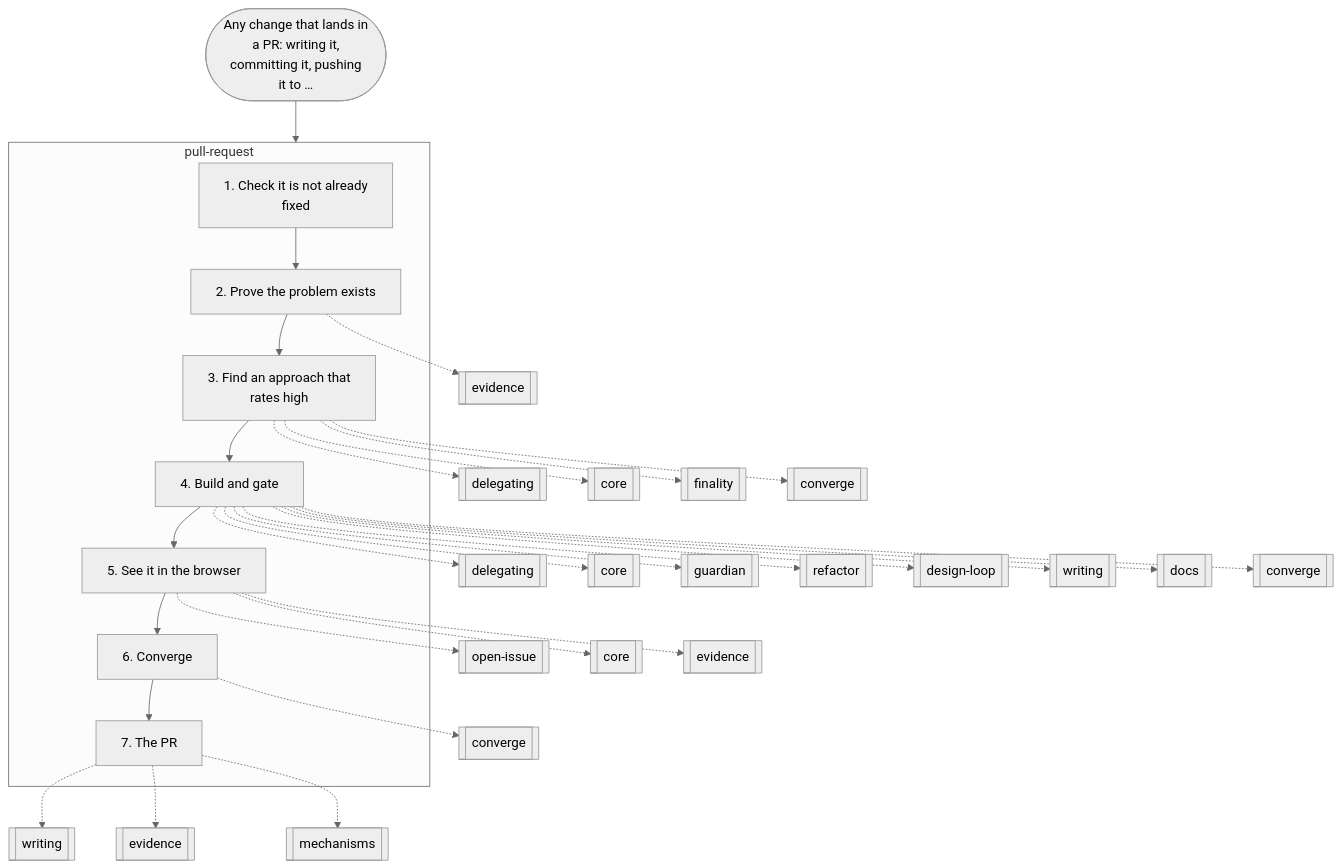
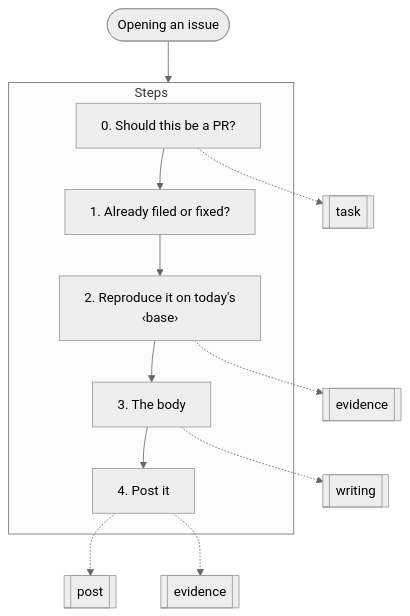
The sixth of 16 diagrams in docs/graphs.md (nitedani-agent/mergeworthy), drawn with Mermaid (neutral theme) before and after one commit. The commit also changed other lines of this file and 60 other files, not shown here.

````diff
--- a/docs/graphs.md
+++ b/docs/graphs.md
@@ -217,40 +155,21 @@
 ```mermaid
 flowchart TB
-  start(["Any change that lands in<br/>a PR: writing it,<br/>committing it, pushing<br/>it to …"])
-  subgraph g0["pull-request"]
-    s0["1. Check it is not already<br/>fixed"]
-    s1["2. Prove the problem exists"]
+  start(["Opening an issue"])
+  subgraph g0["Steps"]
+    s0["0. Should this be a PR?"]
+    s1["1. Already filed or fixed?"]
     s0 --> s1
-    s2["3. Find an approach that<br/>rates high"]
+    s2["2. Reproduce it on today's<br/>‹base›"]
     s1 --> s2
-    s3["4. Build and gate"]
+    s3["3. The body"]
     s2 --> s3
-    s4["5. See it in the browser"]
+    s4["4. Post it"]
     s3 --> s4
-    s5["6. Converge"]
-    s4 --> s5
-    s6["7. The PR"]
-    s5 --> s6
   end
-  s1 -.-> r1[["evidence"]]
-  s2 -.-> r2[["delegating"]]
-  s2 -.-> r3[["core"]]
-  s2 -.-> r4[["finality"]]
-  s2 -.-> r5[["converge"]]
-  s3 -.-> r6[["delegating"]]
-  s3 -.-> r7[["core"]]
-  s3 -.-> r8[["guardian"]]
-  s3 -.-> r9[["refactor"]]
-  s3 -.-> r10[["design-loop"]]
-  s3 -.-> r11[["writing"]]
-  s3 -.-> r12[["docs"]]
-  s3 -.-> r13[["converge"]]
-  s4 -.-> r14[["open-issue"]]
-  s4 -.-> r15[["core"]]
-  s4 -.-> r16[["evidence"]]
-  s5 -.-> r17[["converge"]]
-  s6 -.-> r18[["writing"]]
-  s6 -.-> r19[["evidence"]]
-  s6 -.-> r20[["mechanisms"]]
+  s0 -.-> r1[["task"]]
+  s2 -.-> r2[["evidence"]]
+  s3 -.-> r3[["writing"]]
+  s4 -.-> r4[["post"]]
+  s4 -.-> r5[["evidence"]]
   start --> g0
 ```
````
